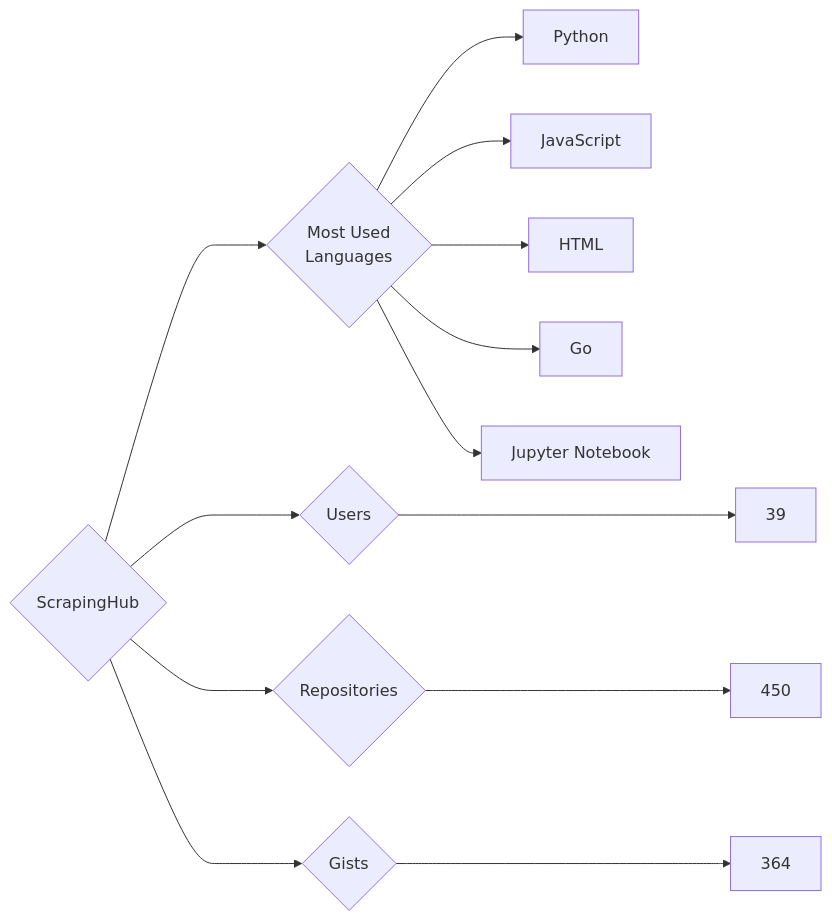
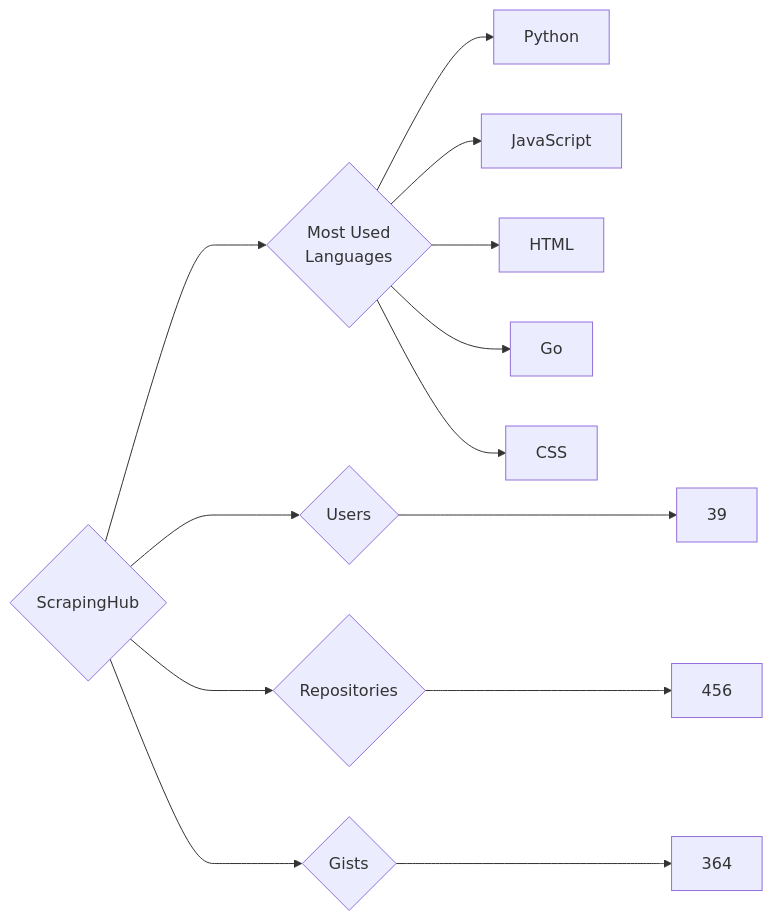
The diagram in targets/ScrapingHub/README.md (trickest/insiders), drawn with Mermaid before and after one commit. The commit also changed 1248 other files, not shown here.

````diff
--- a/targets/ScrapingHub/README.md
+++ b/targets/ScrapingHub/README.md
@@ -3,13 +3,13 @@
 ```mermaid
 graph LR
 COMPANY_NAME{ScrapingHub}
 COMPANY_NAME ---> U{Users} ---> UN[39]
-COMPANY_NAME ---> R{Repositories} ---> RN[450]
+COMPANY_NAME ---> R{Repositories} ---> RN[456]
 COMPANY_NAME ---> G{Gists} ---> GN[364]
 COMPANY_NAME ---> ML{Most Used<br>Languages}
 ML --> Python[Python]
 ML --> JavaScript[JavaScript]
 ML --> HTML[HTML]
 ML --> Go[Go]
-ML --> Jupyter_Notebook[Jupyter Notebook]
+ML --> CSS[CSS]
 ```
````
